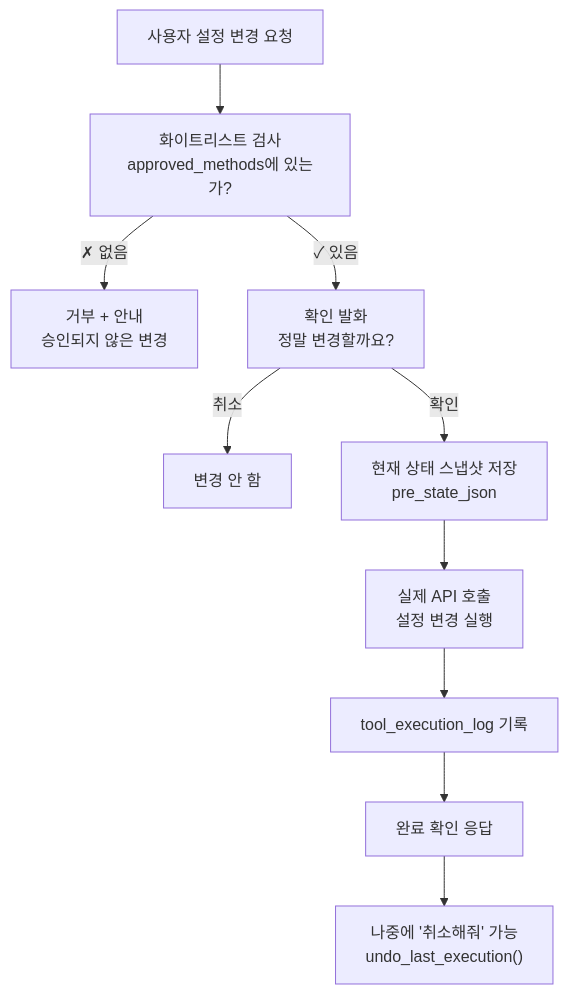
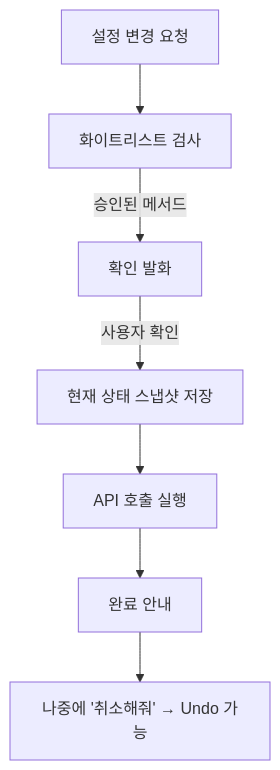
The third of 4 diagrams in docs/SELFSERVICE_AI_ASSISTANT_INTRODUCTION.md (hak023/sip_pbx), drawn with Mermaid before and after one commit. The commit also changed other lines of this file and 1 other file, not shown here.

````diff
--- a/docs/SELFSERVICE_AI_ASSISTANT_INTRODUCTION.md
+++ b/docs/SELFSERVICE_AI_ASSISTANT_INTRODUCTION.md
@@ -309,12 +113,9 @@
 ```mermaid
 flowchart TD
-    A[사용자 설정 변경 요청] --> B["화이트리스트 검사<br/>approved_methods에 있는가?"]
-    B -->|✗ 없음| C["거부 + 안내<br/>승인되지 않은 변경"]
-    B -->|✓ 있음| D["확인 발화<br/>정말 변경할까요?"]
-    D -->|취소| E["변경 안 함"]
-    D -->|확인| F["현재 상태 스냅샷 저장<br/>pre_state_json"]
-    F --> G["실제 API 호출<br/>설정 변경 실행"]
-    G --> H["tool_execution_log 기록"]
-    H --> I["완료 확인 응답"]
-    I --> J["나중에 '취소해줘' 가능<br/>undo_last_execution()"]
+    A[설정 변경 요청] --> B[화이트리스트 검사]
+    B -->|승인된 메서드| C[확인 발화]
+    C -->|사용자 확인| D[현재 상태 스냅샷 저장]
+    D --> E[API 호출 실행]
+    E --> F[완료 안내]
+    F --> G["나중에 '취소해줘' → Undo 가능"]
 ```
````
